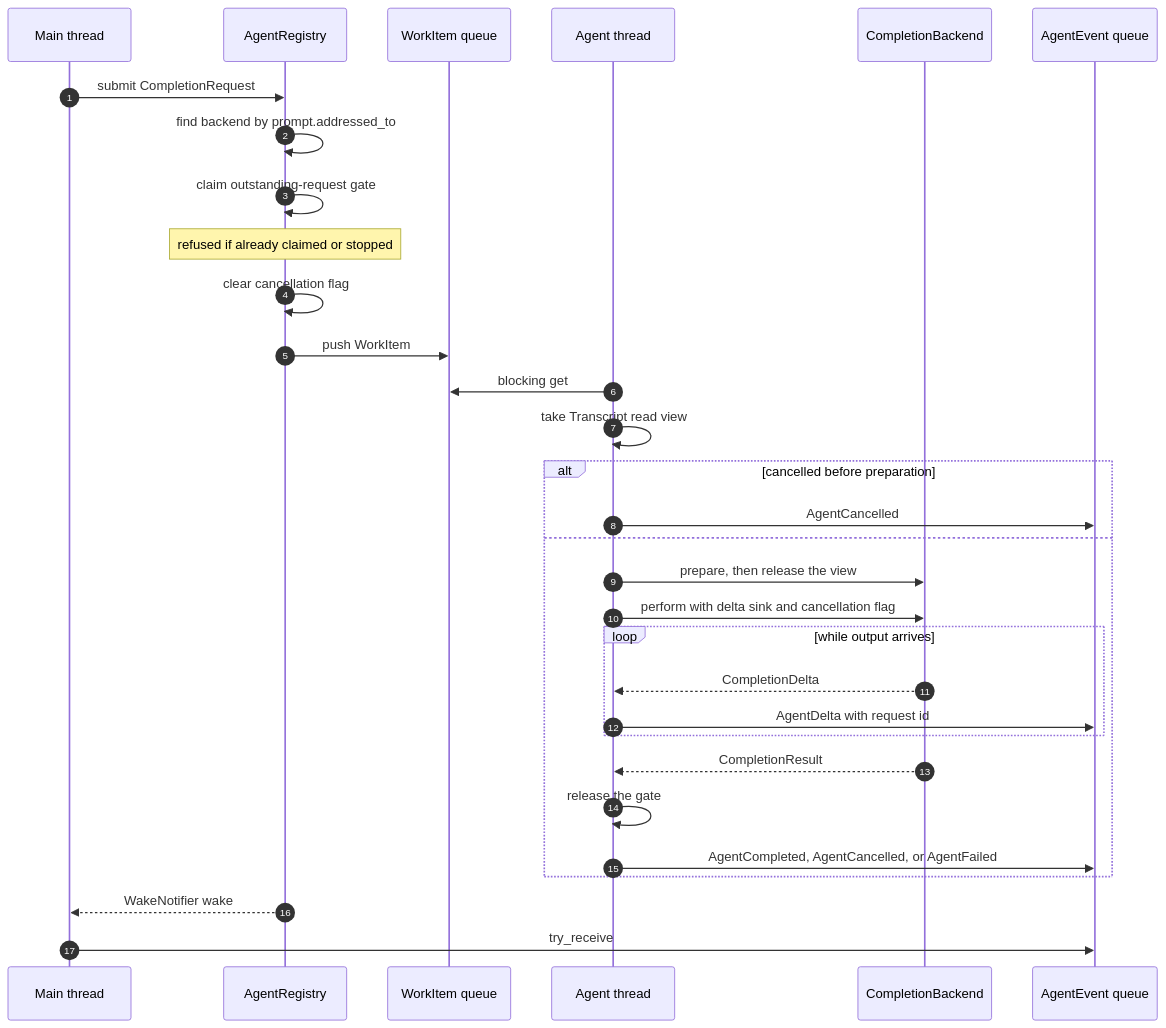
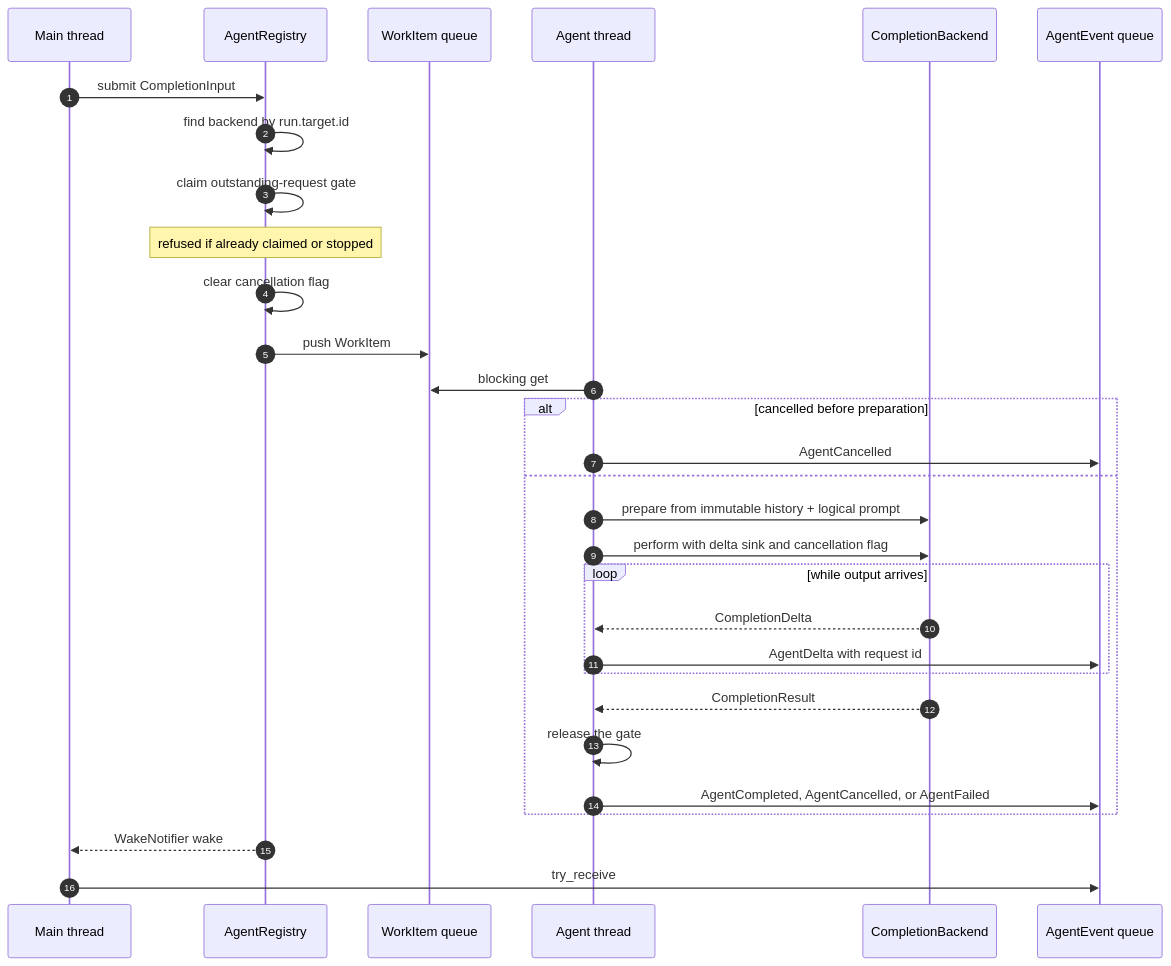
One commit to michaelpopov/cha changed the second of 4 diagrams in src/agents/README.md. Above: the diagram before and after it, drawn with Mermaid. The commit also changed other lines of this file and 24 other files, not shown here.

Commit message:
Switching to immutable transcript

````diff
--- a/src/agents/README.md
+++ b/src/agents/README.md
@@ -96,34 +96,33 @@
 ```mermaid
 sequenceDiagram
     autonumber
     participant M as Main thread
     participant R as AgentRegistry
     participant Q as WorkItem queue
     participant W as Agent thread
     participant B as CompletionBackend
     participant E as AgentEvent queue
 
-    M->>R: submit CompletionRequest
-    R->>R: find backend by prompt.addressed_to
+    M->>R: submit CompletionInput
+    R->>R: find backend by run.target.id
     R->>R: claim outstanding-request gate
     Note over R: refused if already claimed or stopped
     R->>R: clear cancellation flag
     R->>Q: push WorkItem
     W->>Q: blocking get
-    W->>W: take Transcript read view
     alt cancelled before preparation
         W->>E: AgentCancelled
     else
-        W->>B: prepare, then release the view
+        W->>B: prepare from immutable history + logical prompt
         W->>B: perform with delta sink and cancellation flag
         loop while output arrives
             B-->>W: CompletionDelta
             W->>E: AgentDelta with request id
         end
         B-->>W: CompletionResult
         W->>W: release the gate
         W->>E: AgentCompleted, AgentCancelled, or AgentFailed
     end
     R-->>M: WakeNotifier wake
     M->>E: try_receive
 ```
````
